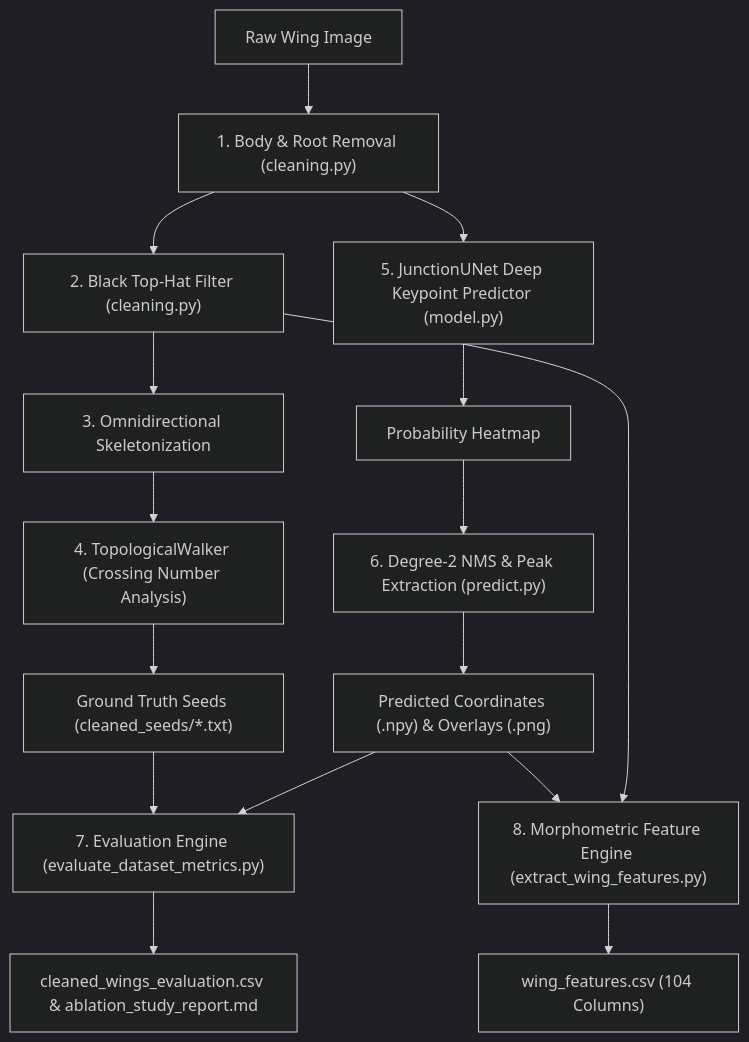
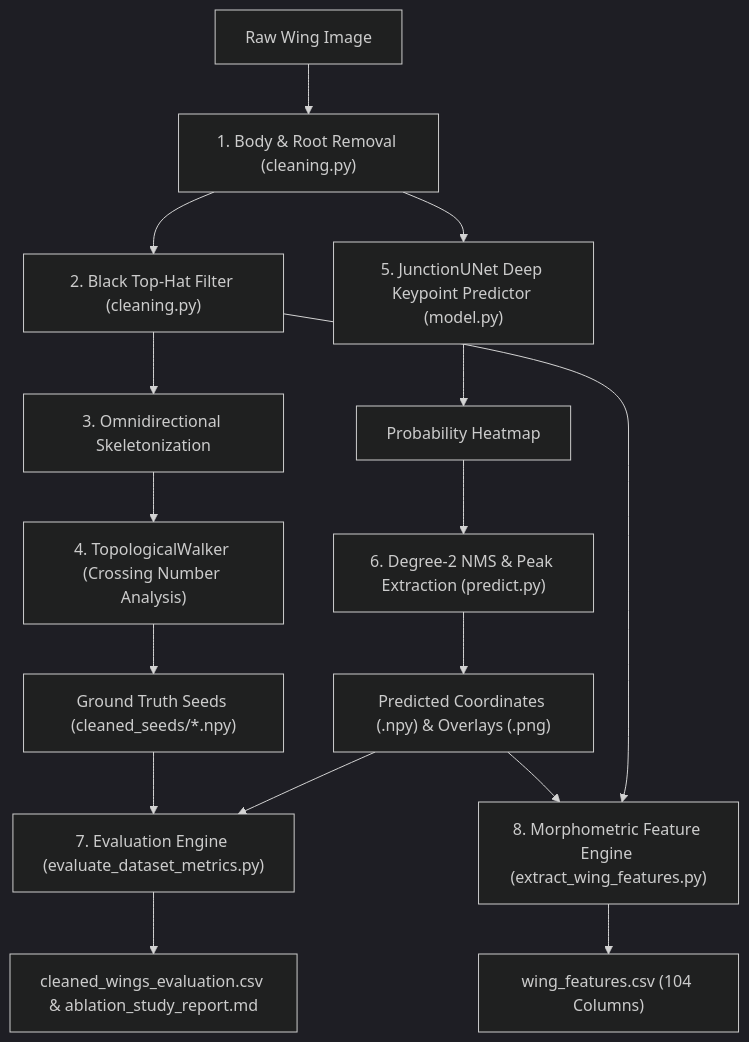
One commit to lei-json/junction_walker changed the second of 2 diagrams in README.md. Above: the diagram before and after it, drawn with Mermaid (dark theme). The commit also changed other lines of this file and 17 other files, not shown here.

````diff
--- a/README.md
+++ b/README.md
@@ -244,21 +342,21 @@
 ```mermaid
 flowchart TD
     Raw["Raw Wing Image"] --> Clean["1. Body & Root Removal (cleaning.py)"]
     Clean --> TopHat["2. Black Top-Hat Filter (cleaning.py)"]
     TopHat --> Skele["3. Omnidirectional Skeletonization"]
     Skele --> Walker["4. TopologicalWalker (Crossing Number Analysis)"]
-    Walker --> Seeds["Ground Truth Seeds (cleaned_seeds/*.txt)"]
+    Walker --> Seeds["Ground Truth Seeds (cleaned_seeds/*.npy)"]
     
     Clean --> UNet["5. JunctionUNet Deep Keypoint Predictor (model.py)"]
     UNet --> Heatmap["Probability Heatmap"]
     Heatmap --> NMS["6. Degree-2 NMS & Peak Extraction (predict.py)"]
     NMS --> Preds["Predicted Coordinates (.npy) & Overlays (.png)"]
     
     Seeds --> Eval["7. Evaluation Engine (evaluate_dataset_metrics.py)"]
     Preds --> Eval
     Eval --> Report["cleaned_wings_evaluation.csv & ablation_study_report.md"]
     
     Preds --> Feat["8. Morphometric Feature Engine (extract_wing_features.py)"]
     TopHat --> Feat
     Feat --> Matrix["wing_features.csv (104 Columns)"]
 ```
````
